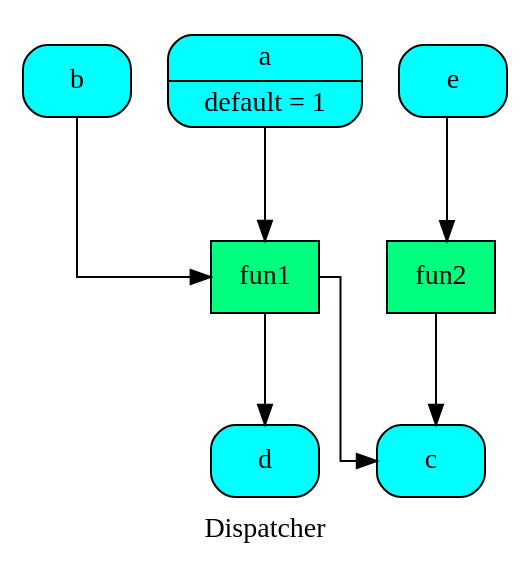
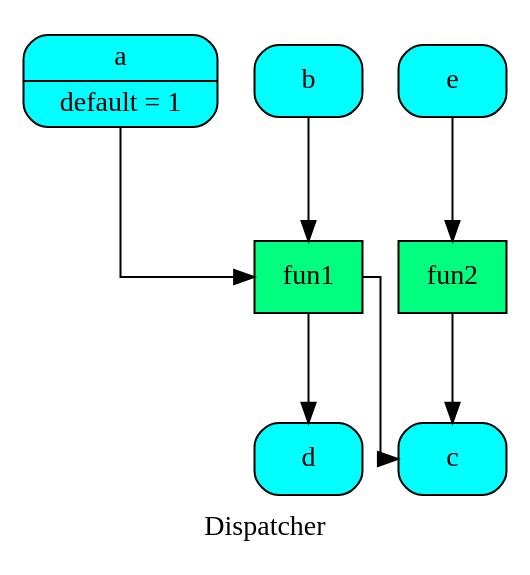
Before and after one commit to vinci1it2000/schedula: the diagram in doc/source/dispatcher/__init__/get_sub_dsp_from_workflow/dsp.dot, drawn with Graphviz. The commit also changed 23 other files, not shown here.

```diff
--- a/doc/source/dispatcher/__init__/get_sub_dsp_from_workflow/dsp.dot
+++ b/doc/source/dispatcher/__init__/get_sub_dsp_from_workflow/dsp.dot
@@ -1,19 +1,19 @@
 digraph Dispatcher {
 	graph [ratio=1]
 	node [style=filled]
 	label = "Dispatcher"
 	splines = ortho
-		Dispatcher_7224607962633671560 [label="{ b  }" fillcolor=cyan shape=Mrecord]
-		Dispatcher_4732348619466872361 [label="{ e  }" fillcolor=cyan shape=Mrecord]
-		"Dispatcher_-1619297484026074121" [label="{ fun2  }" fillcolor=springgreen shape=record]
-		"Dispatcher_-1353340929889452664" [label="{ a | default = 1 }" fillcolor=cyan shape=Mrecord]
-		Dispatcher_5541542959459987689 [label="{ fun1  }" fillcolor=springgreen shape=record]
-		Dispatcher_6900719114362863374 [label="{ c  }" fillcolor=cyan shape=Mrecord]
-		"Dispatcher_-5912537819166218321" [label="{ d  }" fillcolor=cyan shape=Mrecord]
-			Dispatcher_7224607962633671560 -> Dispatcher_5541542959459987689
-			Dispatcher_4732348619466872361 -> "Dispatcher_-1619297484026074121"
-			"Dispatcher_-1619297484026074121" -> Dispatcher_6900719114362863374
-			"Dispatcher_-1353340929889452664" -> Dispatcher_5541542959459987689
-			Dispatcher_5541542959459987689 -> Dispatcher_6900719114362863374
-			Dispatcher_5541542959459987689 -> "Dispatcher_-5912537819166218321"
+		Dispatcher_2654594059259795776 [label="{ fun2  }" fillcolor=springgreen shape=record]
+		Dispatcher_7813220925901612792 [label="{ c  }" fillcolor=cyan shape=Mrecord]
+		"Dispatcher_-2531647229664915758" [label="{ fun1  }" fillcolor=springgreen shape=record]
+		"Dispatcher_-6776210645888712586" [label="{ a | default = 1 }" fillcolor=cyan shape=Mrecord]
+		Dispatcher_3634755706586891528 [label="{ b  }" fillcolor=cyan shape=Mrecord]
+		"Dispatcher_-2767360981463560080" [label="{ e  }" fillcolor=cyan shape=Mrecord]
+		"Dispatcher_-6038867426217595374" [label="{ d  }" fillcolor=cyan shape=Mrecord]
+			Dispatcher_2654594059259795776 -> Dispatcher_7813220925901612792
+			"Dispatcher_-2531647229664915758" -> Dispatcher_7813220925901612792
+			"Dispatcher_-2531647229664915758" -> "Dispatcher_-6038867426217595374"
+			"Dispatcher_-6776210645888712586" -> "Dispatcher_-2531647229664915758"
+			Dispatcher_3634755706586891528 -> "Dispatcher_-2531647229664915758"
+			"Dispatcher_-2767360981463560080" -> Dispatcher_2654594059259795776
 }
```
